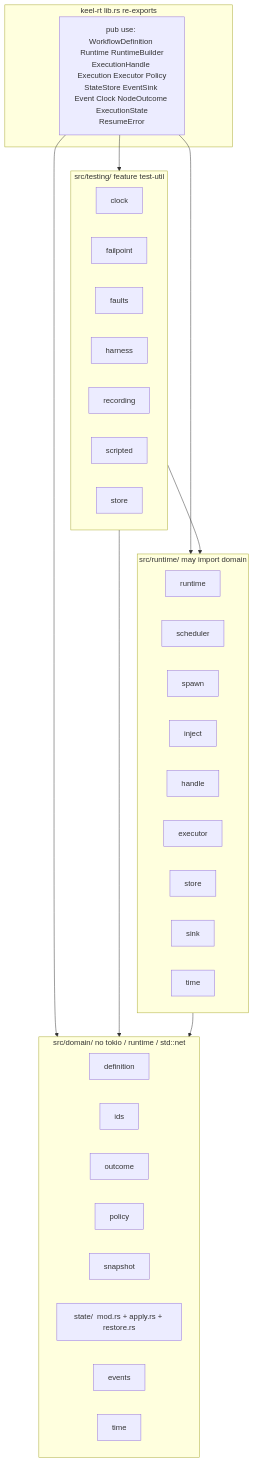
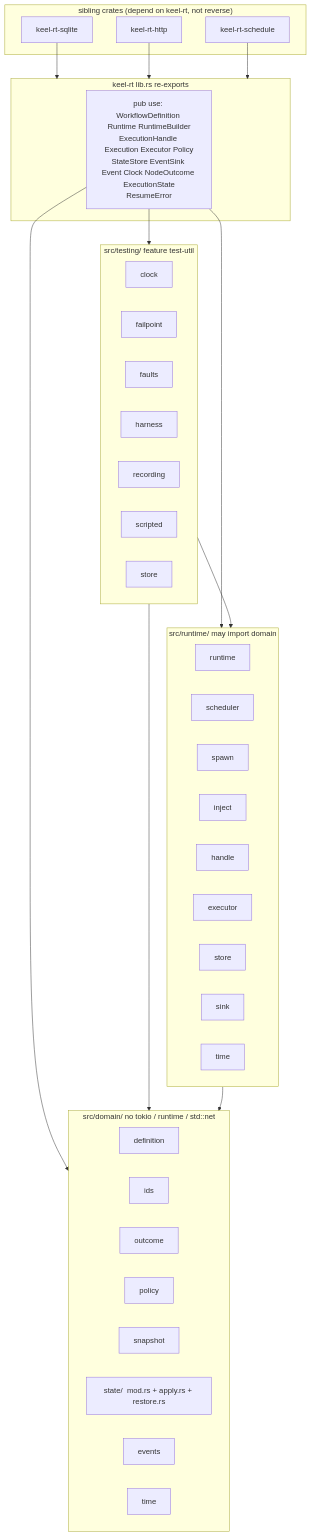
One commit to nessalabs/keel-rt changed the first of 2 diagrams in docs/ARCHITECTURE.md. Above: the diagram before and after it, drawn with Mermaid. The commit also changed 12 other files, not shown here.

First line of the commit message:
feat: keel-rt-schedule cron ticker calls Runtime::start

````diff
--- a/docs/ARCHITECTURE.md
+++ b/docs/ARCHITECTURE.md
@@ -48,46 +48,55 @@
 ```mermaid
 flowchart TB
   subgraph crate["keel-rt  lib.rs re-exports"]
     ROOT["pub use: WorkflowDefinition Runtime RuntimeBuilder<br/>ExecutionHandle Execution Executor Policy<br/>StateStore EventSink Event Clock NodeOutcome ExecutionState<br/>ResumeError"]
   end
 
   subgraph testing["src/testing/  feature test-util"]
     Tclock[clock]
     Tfail[failpoint]
     Tfaults[faults]
     Tharness[harness]
     Trec[recording]
     Tscript[scripted]
     Tstore[store]
   end
 
   subgraph runtime["src/runtime/  may import domain"]
     Rrt[runtime]
     Rsched[scheduler]
     Rspawn[spawn]
     Rinj[inject]
     Rhandle[handle]
     Rexec[executor]
     Rstore[store]
     Rsink[sink]
     Rtime[time]
   end
 
   subgraph domain["src/domain/  no tokio / runtime / std::net"]
     Ddef[definition]
     Dids[ids]
     Dout[outcome]
     Dpol[policy]
     Dsnap[snapshot]
     Dstate["state/  mod.rs + apply.rs + restore.rs"]
     Dev[events]
     Dtime[time]
   end
 
+  subgraph siblings["sibling crates (depend on keel-rt, not reverse)"]
+    sqlite[keel-rt-sqlite]
+    http[keel-rt-http]
+    sched[keel-rt-schedule]
+  end
+
   ROOT --> testing
   ROOT --> runtime
   ROOT --> domain
   testing --> runtime
   testing --> domain
   runtime --> domain
+  sqlite --> crate
+  http --> crate
+  sched --> crate
 ```
````
